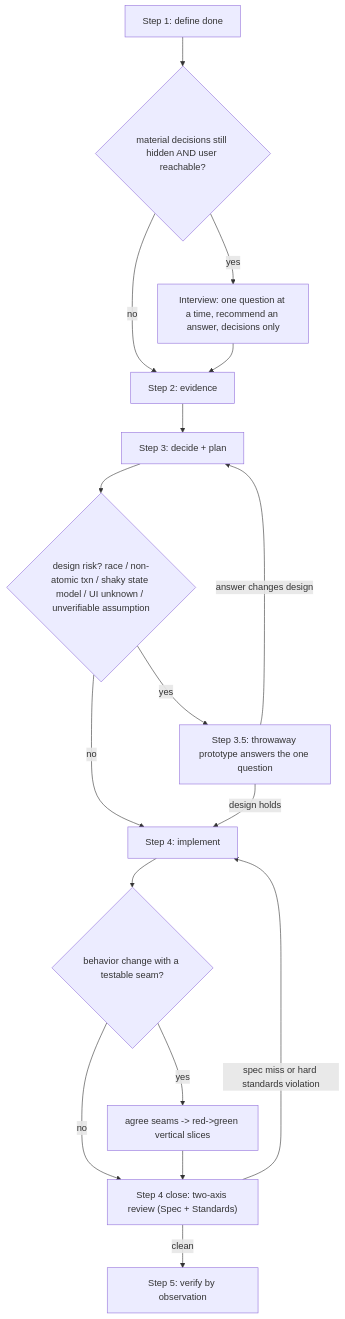
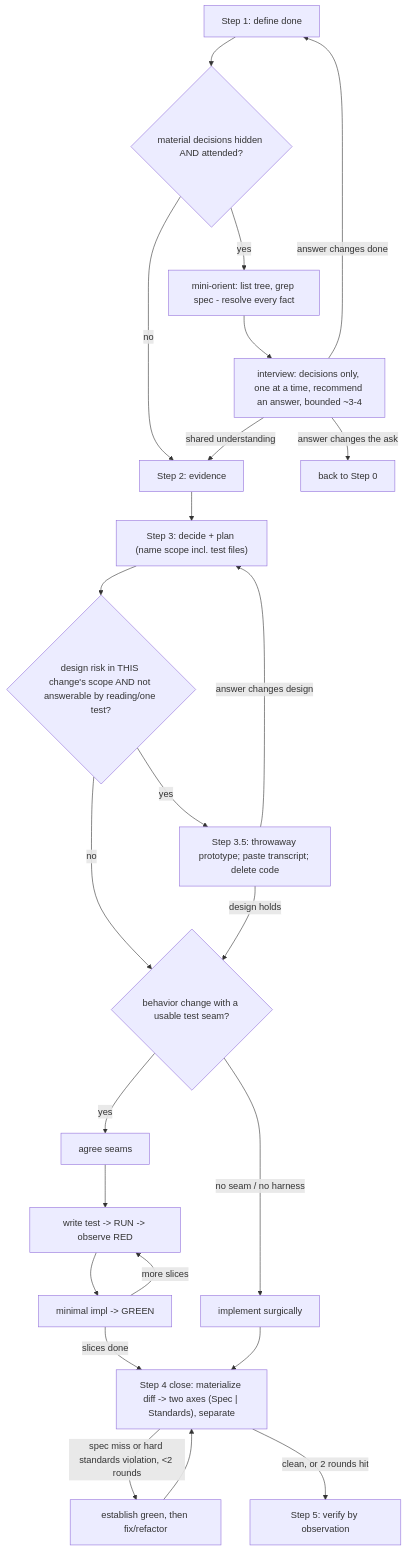
Before and after one commit to bughunt8/model-mesh: the ninth of 9 diagrams in skills/mm-method/references/flowcharts.md, drawn with Mermaid. The commit also changed 2 other files, not shown here.

Commit message:
Fix skeptical-review findings: gate artifact lines (GRILL/PROTO/SEAMS/REVIEW), executable prototype capture, observed-red TDD, green-baseline refactor+bound, grill mini-orient, diff+independent review, prototype negative gate, plan re-entry, coding-domain scope, smells.md, redrawn flowchart

````diff
--- a/skills/mm-method/references/flowcharts.md
+++ b/skills/mm-method/references/flowcharts.md
@@ -150,19 +150,23 @@
 ```mermaid
 flowchart TD
-    S1["Step 1: define done"] --> GRILL{"material decisions still hidden AND user reachable?"}
-    GRILL -->|yes| INT["Interview: one question at a time, recommend an answer, decisions only"]
-    GRILL -->|no| S2["Step 2: evidence"]
-    INT --> S2
-    S2 --> S3["Step 3: decide + plan"]
-    S3 --> PROTO{"design risk? race / non-atomic txn / shaky state model / UI unknown / unverifiable assumption"}
-    PROTO -->|yes| PB["Step 3.5: throwaway prototype answers the one question"]
-    PROTO -->|no| S4["Step 4: implement"]
-    PB -->|answer changes design| S3
-    PB -->|design holds| S4
-    S4 --> TDD{"behavior change with a testable seam?"}
-    TDD -->|yes| RG["agree seams -> red->green vertical slices"]
-    TDD -->|no| REV
-    RG --> REV["Step 4 close: two-axis review (Spec + Standards)"]
-    REV -->|spec miss or hard standards violation| S4
-    REV -->|clean| S5["Step 5: verify by observation"]
+    S1["Step 1: define done"] --> GTRIG{"material decisions hidden AND attended?"}
+    GTRIG -->|yes| MINI["mini-orient: list tree, grep spec - resolve every fact"]
+    GTRIG -->|no| S2["Step 2: evidence"]
+    MINI --> INT["interview: decisions only, one at a time, recommend an answer, bounded ~3-4"]
+    INT -->|answer changes the ask| S0["back to Step 0"]
+    INT -->|answer changes done| S1
+    INT -->|shared understanding| S2
+    S2 --> S3["Step 3: decide + plan (name scope incl. test files)"]
+    S3 --> PTRIG{"design risk in THIS change's scope AND not answerable by reading/one test?"}
+    PTRIG -->|yes| PROTO["Step 3.5: throwaway prototype; paste transcript; delete code"]
+    PTRIG -->|no| TDD
+    PROTO -->|answer changes design| S3
+    PROTO -->|design holds| TDD{"behavior change with a usable test seam?"}
+    TDD -->|yes| SEAM["agree seams"] --> RED["write test -> RUN -> observe RED"] --> GREEN["minimal impl -> GREEN"]
+    GREEN -->|more slices| RED
+    GREEN -->|slices done| REV
+    TDD -->|no seam / no harness| IMPL["implement surgically"] --> REV
+    REV["Step 4 close: materialize diff -> two axes (Spec | Standards), separate"]
+    REV -->|spec miss or hard standards violation, <2 rounds| GREENBASE["establish green, then fix/refactor"] --> REV
+    REV -->|clean, or 2 rounds hit| S5["Step 5: verify by observation"]
 ```
````
